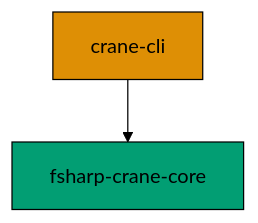
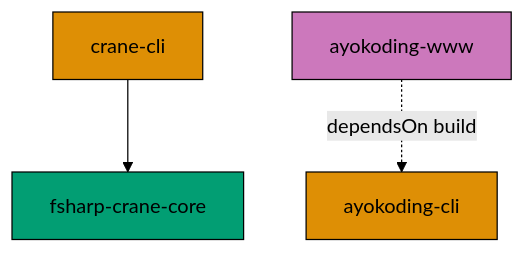
Before and after one commit to wahidyankf/ose-public: the first of 2 diagrams in docs/reference/project-dependency-graph.md, drawn with Mermaid (forest theme). The commit also changed other lines of this file and 468 other files, not shown here.

First line of the commit message:
feat(ayokoding-cli): add the course code harness

````diff
--- a/docs/reference/project-dependency-graph.md
+++ b/docs/reference/project-dependency-graph.md
@@ -60,16 +62,21 @@
 ```mermaid
 graph TD
   accTitle: Visual Dependency Graph
-  accDescr: crane-cli leads to fsharp-crane-core.
+  accDescr: crane-cli leads to fsharp-crane-core; ayokoding-www examples-check depends on ayokoding-cli build.
   CC[crane-cli]
   FCC[fsharp-crane-core]
+  AC[ayokoding-cli]
+  AYO[ayokoding-www]
 
   CC --> FCC
+  AYO -.->|dependsOn build| AC
 
   classDef lib fill:#029E73,stroke:#000000,color:#000000
   classDef cli fill:#DE8F05,stroke:#000000,color:#000000
+  classDef site fill:#CC78BC,stroke:#000000,color:#000000
 
   class FCC lib
-  class CC cli
+  class CC,AC cli
+  class AYO site
   classDef default fill:#0173B2,stroke:#000000,color:#FFFFFF
 ```
````
